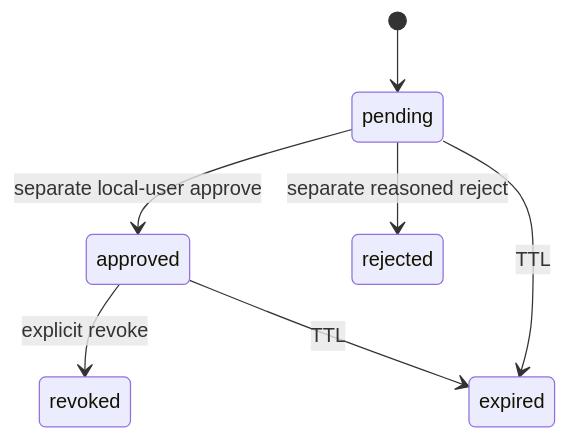
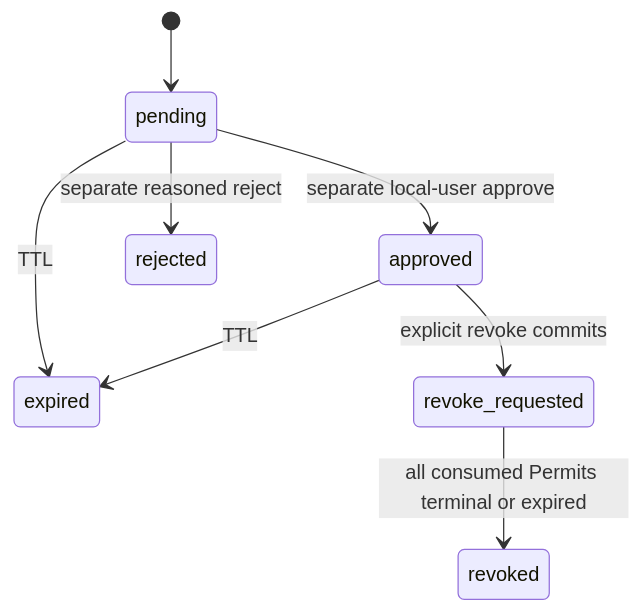
Before and after one commit to dankk0220abc-prog/visual-engineer: the fifth of 7 diagrams in docs/architecture/state-machine.md, drawn with Mermaid. The commit also changed other lines of this file and 67 other files, not shown here.

````diff
--- a/docs/architecture/state-machine.md
+++ b/docs/architecture/state-machine.md
@@ -147,9 +147,10 @@
 ```mermaid
 stateDiagram-v2
     [*] --> pending
     pending --> approved: separate local-user approve
     pending --> rejected: separate reasoned reject
     pending --> expired: TTL
-    approved --> revoked: explicit revoke
+    approved --> revoke_requested: explicit revoke commits
+    revoke_requested --> revoked: all consumed Permits terminal or expired
     approved --> expired: TTL
 ```
````
